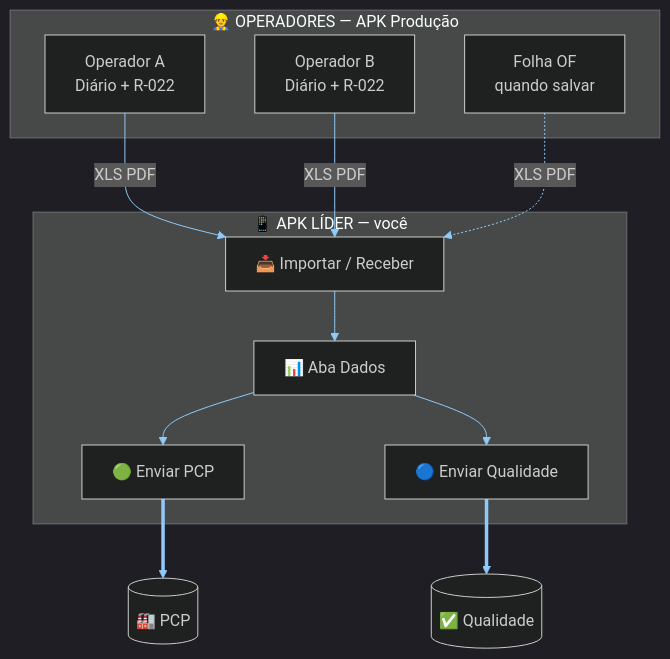
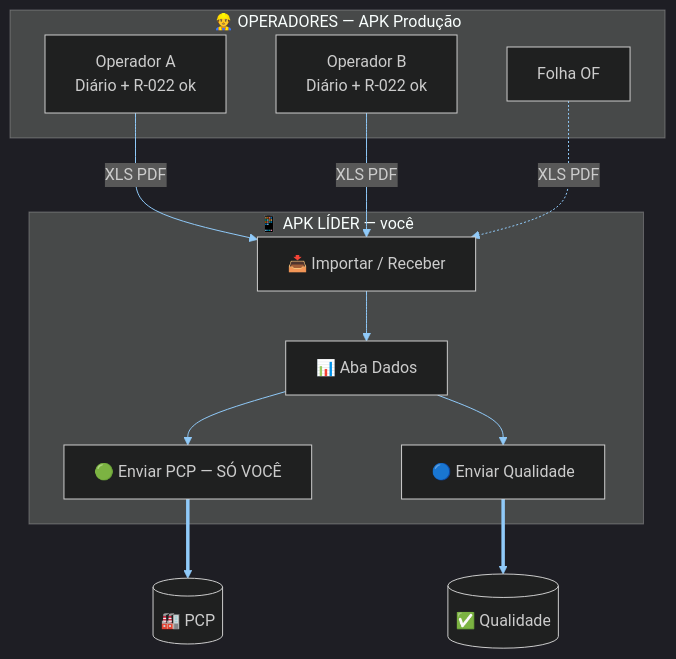
Before and after one commit to ALN2025/APK-LIDER: the diagram in README.md, drawn with Mermaid. The commit also changed other lines of this file and 1 other file, not shown here.

Commit message:
docs: operador envia R-022 ok; só o líder manda ao PCP

````diff
--- a/README.md
+++ b/README.md
@@ -28,37 +29,37 @@
 ```mermaid
 %%{init: {
   "theme": "dark",
   "themeVariables": {
     "primaryColor": "#E65100",
     "primaryTextColor": "#fff",
     "primaryBorderColor": "#FFB74D",
     "lineColor": "#90CAF9",
     "secondaryColor": "#1B5E20",
     "tertiaryColor": "#0D47A1",
     "fontSize": "16px"
   }
 }}%%
 flowchart TB
   subgraph OPS["👷 OPERADORES — APK Produção"]
-    O1[Operador A<br/>Diário + R-022]
-    O2[Operador B<br/>Diário + R-022]
-    O3[Folha OF<br/>quando salvar]
+    O1[Operador A<br/>Diário + R-022 ok]
+    O2[Operador B<br/>Diário + R-022 ok]
+    O3[Folha OF]
   end
 
   subgraph LIDER["📱 APK LÍDER — você"]
     IMP[📥 Importar / Receber]
     DADOS[📊 Aba Dados]
-    PCP_B[🟢 Enviar PCP]
+    PCP_B[🟢 Enviar PCP — SÓ VOCÊ]
     QUAL_B[🔵 Enviar Qualidade]
     IMP --> DADOS
     DADOS --> PCP_B
     DADOS --> QUAL_B
   end
 
   O1 -->|"XLS PDF"| IMP
   O2 -->|"XLS PDF"| IMP
   O3 -.->|"XLS PDF"| IMP
 
   PCP_B ==> PCP[(🏭 PCP)]
   QUAL_B ==> QUAL[(✅ Qualidade)]
 ```
````
